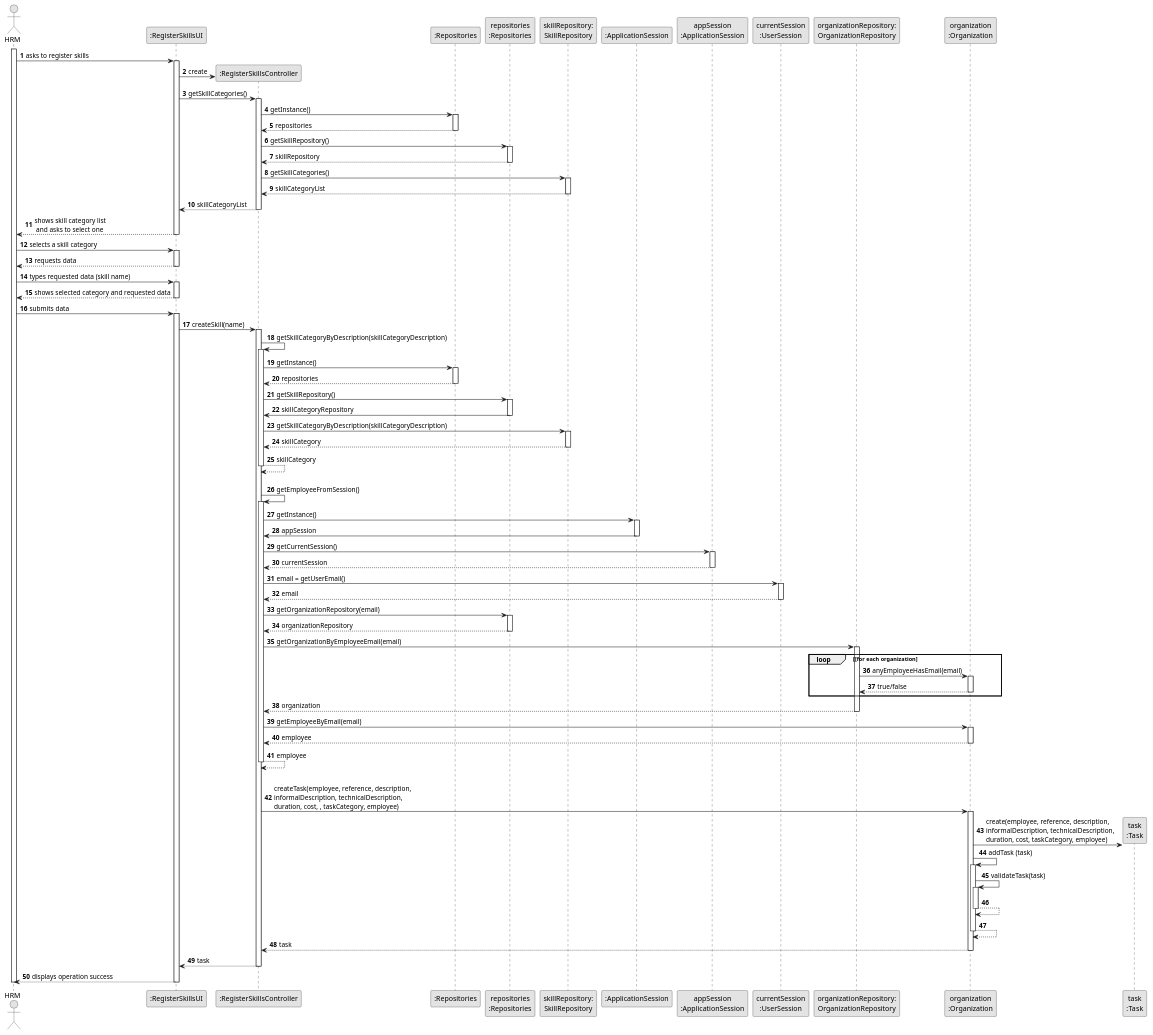
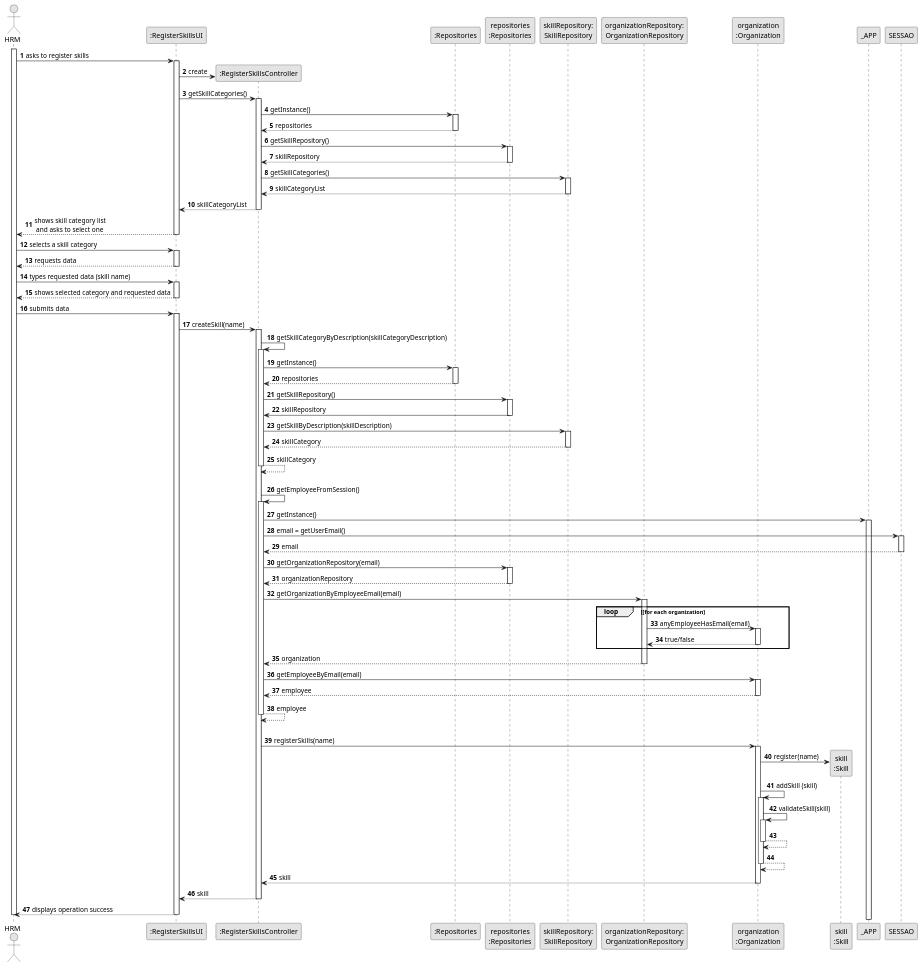
The diagram in docs/sprintB/us001/03.design/puml/us006-sequence-diagram-full.puml (Departamento-de-Engenharia-Informatica/lei-24-s2-1dl-g121), drawn with PlantUML before and after one commit. The commit also changed 1 other file, not shown here.

```diff
--- a/docs/sprintB/us001/03.design/puml/us006-sequence-diagram-full.puml
+++ b/docs/sprintB/us001/03.design/puml/us006-sequence-diagram-full.puml
@@ -1,180 +1,180 @@
 @startuml
 skinparam monochrome true
 skinparam packageStyle rectangle
 skinparam shadowing false
 
 autonumber
 
 'hide footbox
 actor "HRM" as ADM
 participant ":RegisterSkillsUI" as UI
 participant ":RegisterSkillsController" as CTRL
 participant ":Repositories" as RepositorySingleton
 participant "repositories\n:Repositories" as PLAT
 participant "skillRepository:\nSkillRepository" as SkillRepository
-participant ":ApplicationSession" as _APP
-participant "appSession\n:ApplicationSession" as APP
-participant "currentSession\n:UserSession" as SESSAO
+'participant ":ApplicationSession" as _APP
+'participant "appSession\n:ApplicationSession" as APP
+'participant "currentSession\n:UserSession" as SESSAO
 participant "organizationRepository:\nOrganizationRepository" as OrganizationRepository
 participant "organization\n:Organization" as ORG
-participant "task\n:Task" as TAREFA
+participant "skill\n:Skill" as SKILL
 
 activate ADM
 
         ADM -> UI : asks to register skills
 
         activate UI
 
             'UI --> ADM : requests data (i.e. skill name, description)
             'create CTRL
             UI -> CTRL** : create
 
             UI -> CTRL : getSkillCategories()
             activate CTRL
 
                 CTRL -> RepositorySingleton : getInstance()
                 activate RepositorySingleton
 
                     RepositorySingleton --> CTRL: repositories
                 deactivate RepositorySingleton
 
                 CTRL -> PLAT : getSkillRepository()
                 activate PLAT
 
                     PLAT --> CTRL: skillRepository
                 deactivate PLAT
 
                 CTRL -> SkillRepository : getSkillCategories()
                 activate SkillRepository
 
                     SkillRepository --> CTRL : skillCategoryList
                 deactivate SkillRepository
 
                 CTRL --> UI : skillCategoryList
             deactivate CTRL
 
             UI --> ADM : shows skill category list\n and asks to select one
         deactivate UI
 
     ADM -> UI : selects a skill category
     activate UI
 
         UI --> ADM : requests data
     deactivate UI
 
     ADM -> UI : types requested data (skill name)
     activate UI
 
         UI --> ADM : shows selected category and requested data
     deactivate UI
 
     ADM -> UI : submits data
     activate UI
 
         UI -> CTRL : createSkill(name)
         activate CTRL
 
             CTRL -> CTRL : getSkillCategoryByDescription(skillCategoryDescription)
             activate CTRL
 
                 CTRL -> RepositorySingleton : getInstance()
                 activate RepositorySingleton
 
                     RepositorySingleton --> CTRL: repositories
                 deactivate RepositorySingleton
 
                 CTRL -> PLAT : getSkillRepository()
                 activate PLAT
 
-                    PLAT -> CTRL : skillCategoryRepository
+                    PLAT -> CTRL : skillRepository
                 deactivate PLAT
 
-                CTRL -> SkillRepository : getSkillCategoryByDescription(skillCategoryDescription)
+                CTRL -> SkillRepository : getSkillByDescription(skillDescription)
                 activate SkillRepository
 
                     SkillRepository --> CTRL : skillCategory
                 deactivate SkillRepository
                     CTRL --> CTRL : skillCategory
             deactivate CTRL
 
             |||
             CTRL -> CTRL : getEmployeeFromSession()
             activate CTRL
 
                 CTRL -> _APP: getInstance()
                 activate _APP
-                    _APP -> CTRL: appSession
-                deactivate _APP
+                 '   _APP -> CTRL: appSession
+                'deactivate _APP
 
 
-                CTRL -> APP: getCurrentSession()
-                activate APP
+                'CTRL -> APP: getCurrentSession()
+               ' activate APP
 
-                    APP --> CTRL: currentSession
-                deactivate APP
+                  '  APP --> CTRL: currentSession
+                'deactivate APP
 
                 CTRL -> SESSAO: email = getUserEmail()
                 activate SESSAO
 
                     SESSAO --> CTRL: email
                 deactivate SESSAO
 
 
                 CTRL -> PLAT: getOrganizationRepository(email)
                 activate PLAT
 
                     PLAT --> CTRL: organizationRepository
                 deactivate PLAT
 
 
                 CTRL -> OrganizationRepository: getOrganizationByEmployeeEmail(email)
                 activate OrganizationRepository
 
                     loop [for each organization
                         OrganizationRepository -> ORG : anyEmployeeHasEmail(email)
                         activate ORG
 
                              ORG --> OrganizationRepository : true/false
                         deactivate ORG
                     end
                     OrganizationRepository --> CTRL : organization
                 deactivate OrganizationRepository
 
                 CTRL -> ORG: getEmployeeByEmail(email)
                 activate ORG
 
                     ORG --> CTRL : employee
                 deactivate ORG
 
                 CTRL --> CTRL : employee
             deactivate CTRL
 
             |||
-            CTRL -> ORG: createTask(employee, reference, description,\ninformalDescription, technicalDescription,\nduration, cost, , taskCategory, employee)
+            CTRL -> ORG: registerSkills(name)
             activate ORG
 
-                ORG -> TAREFA**: create(employee, reference, description,\ninformalDescription, technicalDescription,\nduration, cost, taskCategory, employee)
-                ORG -> ORG: addTask (task)
+                ORG -> SKILL**: register(name)
+                ORG -> ORG: addSkill (skill)
 
 
                 activate ORG
-                    ORG -> ORG: validateTask(task)
+                    ORG -> ORG: validateSkill(skill)
                     activate ORG
                         ORG --> ORG
                     deactivate ORG
 
                     ORG --> ORG
                 deactivate ORG
 
-                ORG --> CTRL : task
+                ORG --> CTRL : skill
 
             deactivate ORG
 
-            CTRL --> UI: task
+            CTRL --> UI: skill
             deactivate CTRL
             UI --> ADM: displays operation success
     deactivate UI
 
 deactivate ADM
 
 @enduml
```
